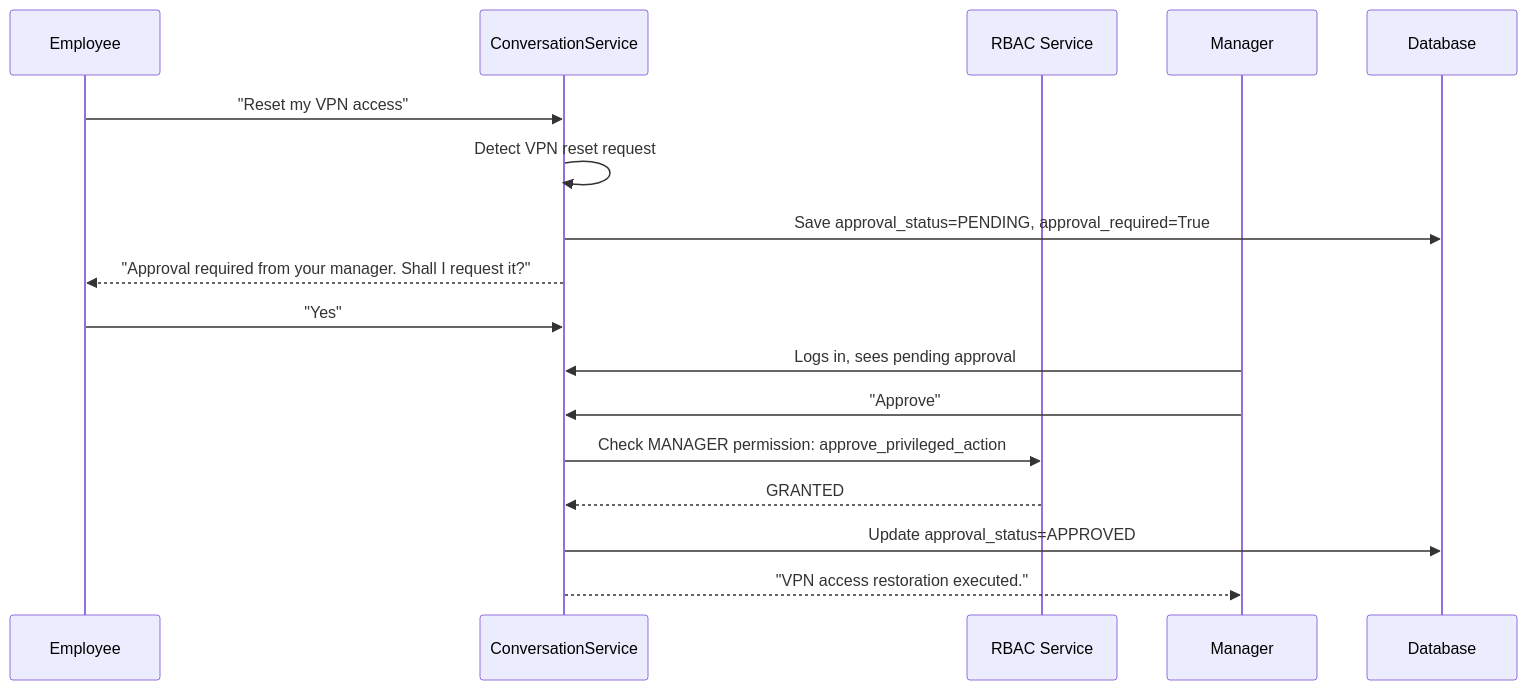
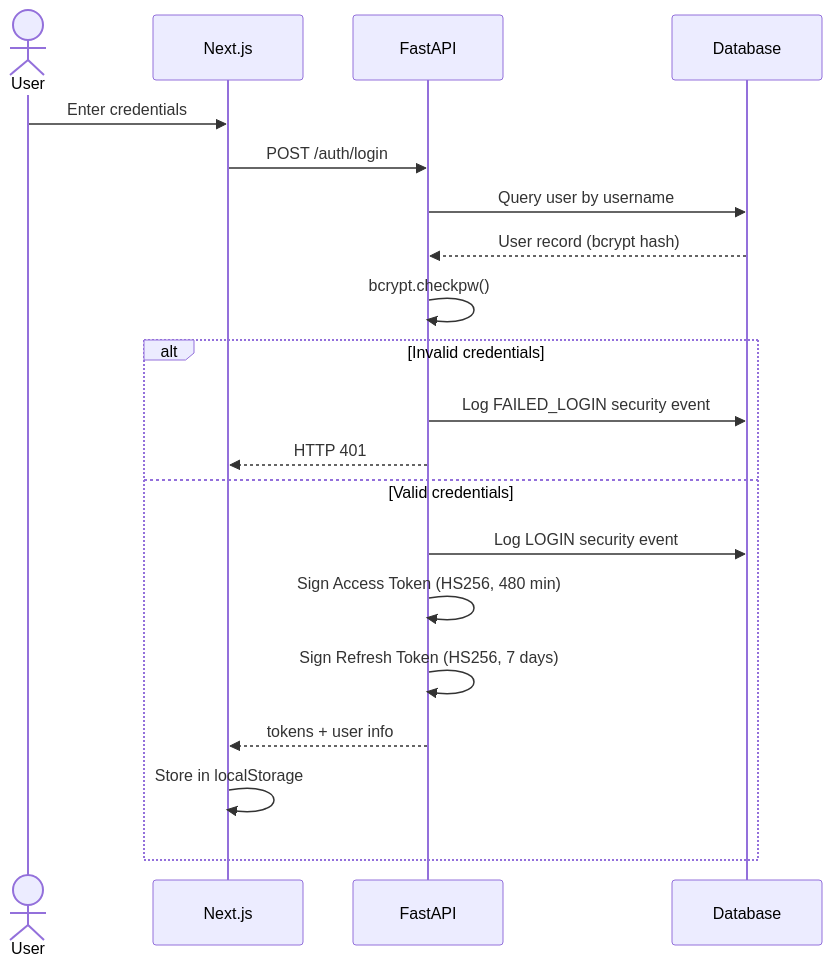
Before and after one commit to raghvendrabhati02/bridgestone-it-agent: the second of 2 diagrams in docs/Security.md, drawn with Mermaid. The commit also changed other lines of this file and 361 other files, not shown here.

````diff
--- a/docs/Security.md
+++ b/docs/Security.md
@@ -177,21 +82,24 @@
 ```mermaid
 sequenceDiagram
-    participant E as Employee
-    participant AI as ConversationService
-    participant RBAC as RBAC Service
-    participant M as Manager
+    actor User
+    participant Client as Next.js
+    participant API as FastAPI
     participant DB as Database
 
-    E->>AI: "Reset my VPN access"
-    AI->>AI: Detect VPN reset request
-    AI->>DB: Save approval_status=PENDING, approval_required=True
-    AI-->>E: "Approval required from your manager. Shall I request it?"
-    E->>AI: "Yes"
+    User->>Client: Enter credentials
+    Client->>API: POST /auth/login
+    API->>DB: Query user by username
+    DB-->>API: User record (bcrypt hash)
+    API->>API: bcrypt.checkpw()
 
-    M->>AI: Logs in, sees pending approval
-    M->>AI: "Approve"
-    AI->>RBAC: Check MANAGER permission: approve_privileged_action
-    RBAC-->>AI: GRANTED
-    AI->>DB: Update approval_status=APPROVED
-    AI-->>M: "VPN access restoration executed."
+    alt Invalid credentials
+        API->>DB: Log FAILED_LOGIN security event
+        API-->>Client: HTTP 401
+    else Valid credentials
+        API->>DB: Log LOGIN security event
+        API->>API: Sign Access Token (HS256, 480 min)
+        API->>API: Sign Refresh Token (HS256, 7 days)
+        API-->>Client: tokens + user info
+        Client->>Client: Store in localStorage
+    end
 ```
````
